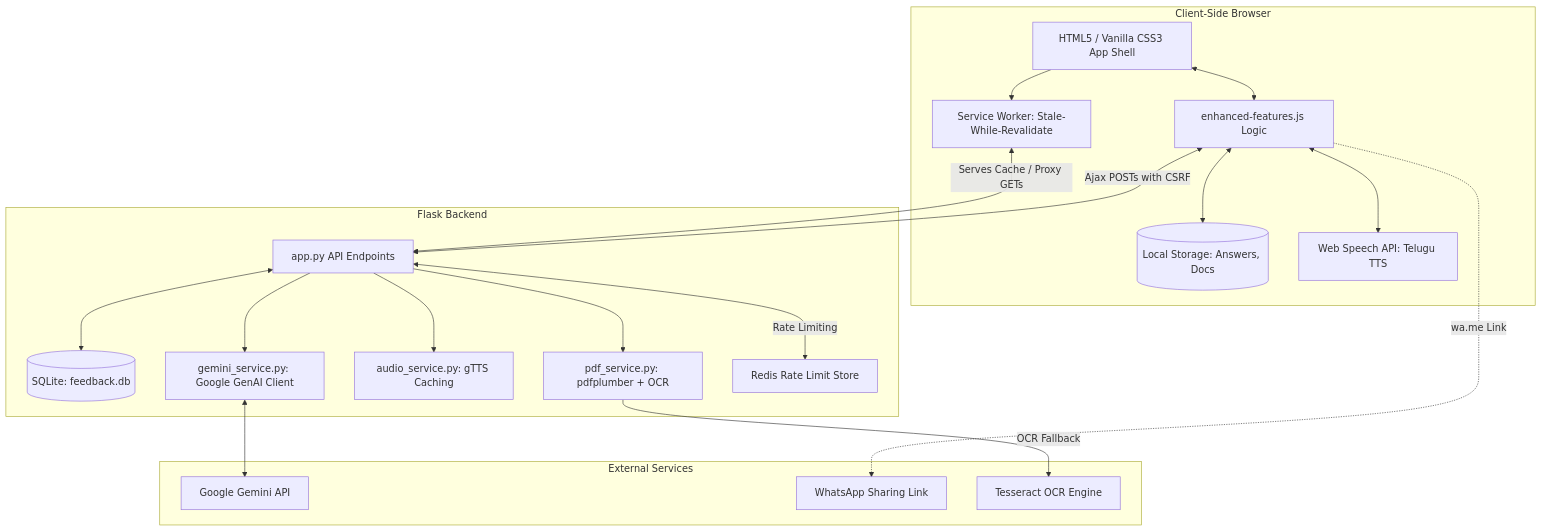
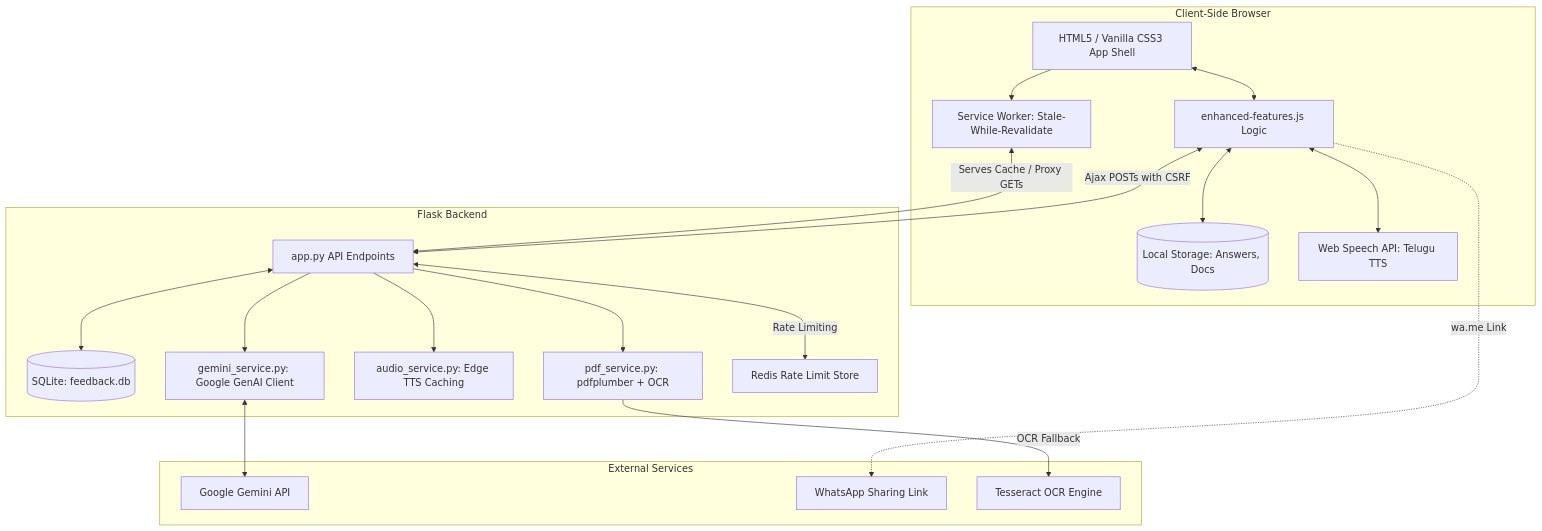
One commit to giridharreddy-dev/SmartGovAI-2026 changed the first of 5 diagrams in docs/ARCHITECTURE.md. Above: the diagram before and after it, drawn with Mermaid. The commit also changed other lines of this file and 6 other files, not shown here.

````diff
--- a/docs/ARCHITECTURE.md
+++ b/docs/ARCHITECTURE.md
@@ -36,43 +36,43 @@
 ```mermaid
 flowchart TD
     subgraph Client [Client-Side Browser]
         UI[HTML5 / Vanilla CSS3 App Shell]
         JS[enhanced-features.js Logic]
         LS[(Local Storage: Answers, Docs)]
         WS[Web Speech API: Telugu TTS]
         SW[Service Worker: Stale-While-Revalidate]
     end
 
     subgraph Server [Flask Backend]
         API[app.py API Endpoints]
         DB[(SQLite: feedback.db)]
         PDF[pdf_service.py: pdfplumber + OCR]
-        AUDIO[audio_service.py: gTTS Caching]
+        AUDIO[audio_service.py: Edge TTS Caching]
         GEMINI[gemini_service.py: Google GenAI Client]
         REDIS[Redis Rate Limit Store]
     end
 
     subgraph External [External Services]
         GEMINI_API[Google Gemini API]
         WA_API[WhatsApp Sharing Link]
         OCR_ENGINE[Tesseract OCR Engine]
     end
 
     UI <--> JS
     JS <--> LS
     JS <--> WS
     UI --> SW
 
     SW <-->|Serves Cache / Proxy GETs| API
     JS <-->|Ajax POSTs with CSRF| API
 
     API <--> DB
     API --> PDF
     API --> AUDIO
     API --> GEMINI
     API <-->|Rate Limiting| REDIS
 
     PDF -->|OCR Fallback| OCR_ENGINE
     GEMINI <--> GEMINI_API
     JS -.->|wa.me Link| WA_API
 ```
````
